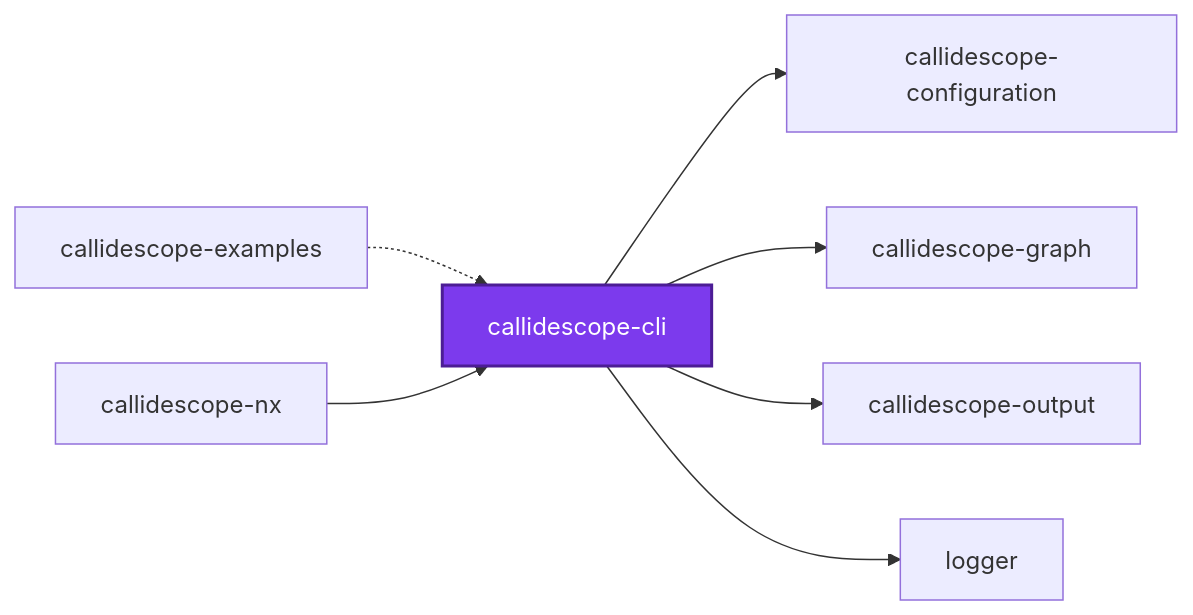
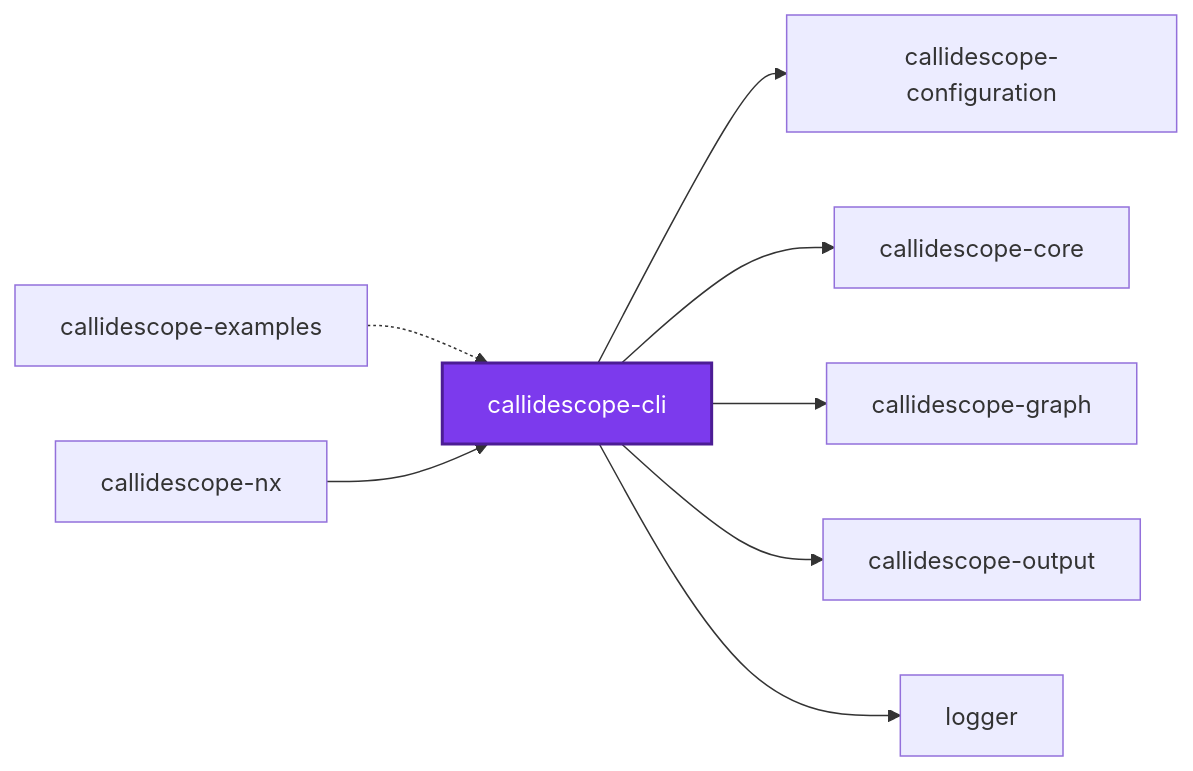
The first of 3 diagrams in packages/ic-suite/callidescope/callidescope-cli/README.md (JimmyPaolini/codebase), drawn with Mermaid before and after one commit. The commit also changed other lines of this file and 165 other files, not shown here.

````diff
--- a/packages/ic-suite/callidescope/callidescope-cli/README.md
+++ b/packages/ic-suite/callidescope/callidescope-cli/README.md
@@ -1243,18 +1243,20 @@
 ```mermaid
 graph LR
   callidescope_cli["callidescope-cli"]
   callidescope_configuration["callidescope-configuration"]
+  callidescope_core["callidescope-core"]
   callidescope_examples["callidescope-examples"]
   callidescope_graph["callidescope-graph"]
   callidescope_nx["callidescope-nx"]
   callidescope_output["callidescope-output"]
   logger["logger"]
   callidescope_cli --> callidescope_configuration
+  callidescope_cli --> callidescope_core
   callidescope_cli --> callidescope_graph
   callidescope_cli --> callidescope_output
   callidescope_cli --> logger
   callidescope_examples -.-> callidescope_cli
   callidescope_nx --> callidescope_cli
   classDef subject fill:#7c3aed,color:#fff,stroke:#4c1d95,stroke-width:2px
   class callidescope_cli subject
 ```
````
